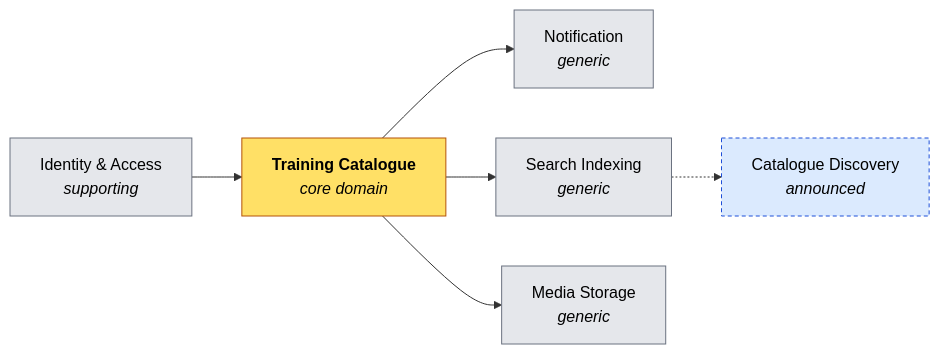
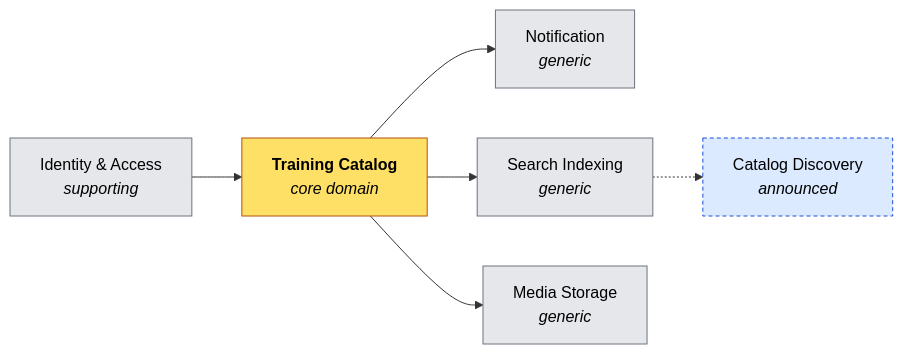
Before and after one commit to maxime-poulain/BLRefactoring: the diagram in docs/strategic-design/README.md, drawn with Mermaid. The commit also changed other lines of this file and 366 other files, not shown here.

````diff
--- a/docs/strategic-design/README.md
+++ b/docs/strategic-design/README.md
@@ -31,15 +31,15 @@
 ```mermaid
 flowchart LR
-    IA["Identity &amp; Access<br/><i>supporting</i>"] --> TC["<b>Training Catalogue</b><br/><i>core domain</i>"]
+    IA["Identity &amp; Access<br/><i>supporting</i>"] --> TC["<b>Training Catalog</b><br/><i>core domain</i>"]
     TC --> NT["Notification<br/><i>generic</i>"]
     TC --> SI["Search Indexing<br/><i>generic</i>"]
     TC --> MS["Media Storage<br/><i>generic</i>"]
-    SI -.-> CD["Catalogue Discovery<br/><i>announced</i>"]
+    SI -.-> CD["Catalog Discovery<br/><i>announced</i>"]
 
     classDef core fill:#ffe066,stroke:#b45309,color:#000
     classDef other fill:#e5e7eb,stroke:#6b7280,color:#000
     classDef future fill:#dbeafe,stroke:#1d4ed8,color:#000,stroke-dasharray:4 3
     class TC core
     class IA,NT,SI,MS other
     class CD future
 ```
````
